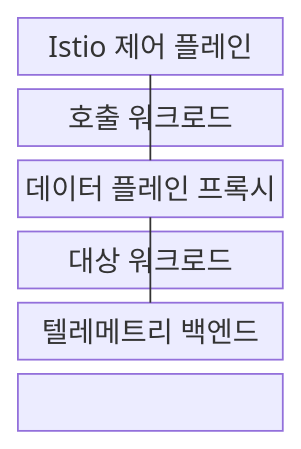
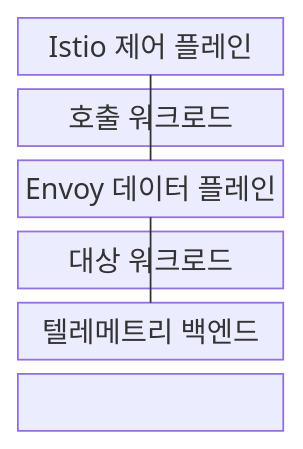
The first of 2 diagrams in src/content/docs/notes/03-software/042_service_mesh.md (agnusdei1207/knowledge-base), drawn with Mermaid before and after one commit. The commit also changed other lines of this file and 20 other files, not shown here.

````diff
--- a/src/content/docs/notes/03-software/042_service_mesh.md
+++ b/src/content/docs/notes/03-software/042_service_mesh.md
@@ -68,12 +67,12 @@
 ```mermaid
-block-beta
+block
   columns 1
   C["Istio 제어 플레인"]
   A["호출 워크로드"]
-  P["데이터 플레인 프록시"]
+  P["Envoy 데이터 플레인"]
   B["대상 워크로드"]
   T["텔레메트리 백엔드"]
   C --- P
   A --- P --- B
   P --- T
 ```
````
